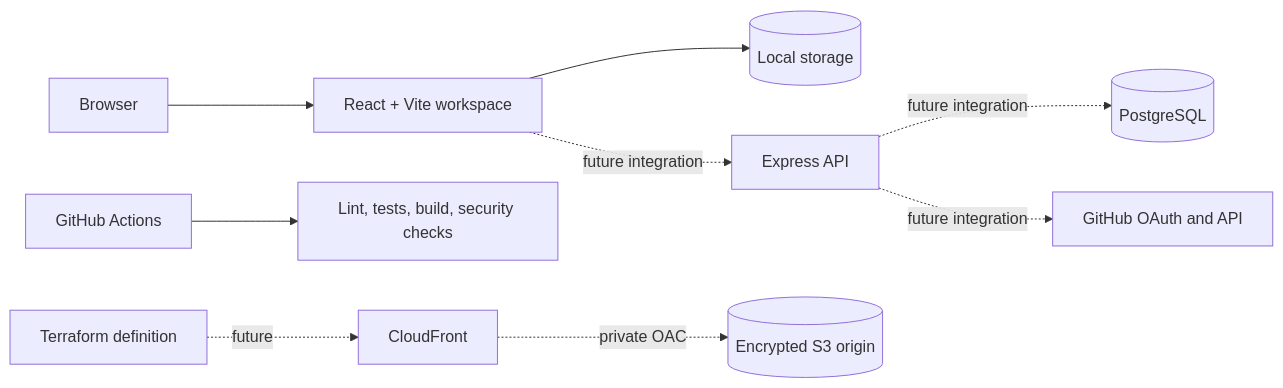
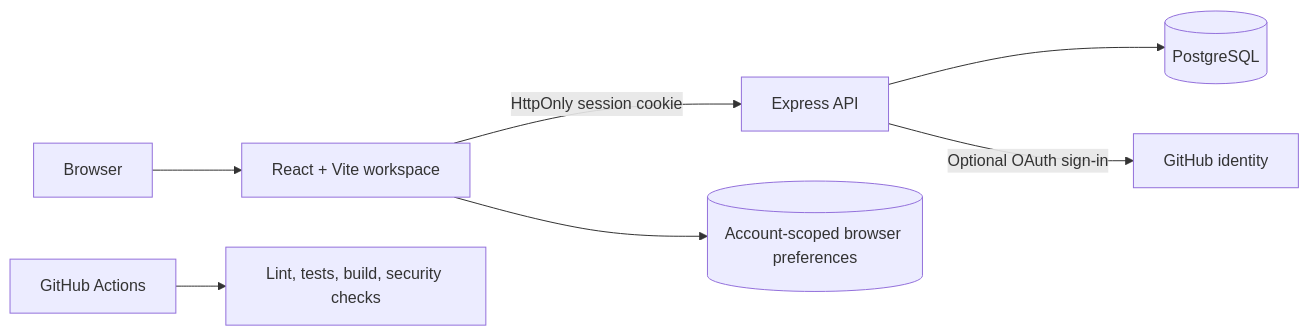
Before and after one commit to zacknguyn/pomodoro-timer: the diagram in README.md, drawn with Mermaid. The commit also changed other lines of this file and 46 other files, not shown here.

First line of the commit message:
feat: connect accounts and GitHub projects

````diff
--- a/README.md
+++ b/README.md
@@ -40,14 +41,9 @@
 ```mermaid
 flowchart LR
     User[Browser] --> App[React + Vite workspace]
-    App --> Store[(Local storage)]
-
+    App -->|HttpOnly session cookie| API[Express API]
+    API --> Postgres[(PostgreSQL)]
+    App --> Preferences[(Account-scoped browser preferences)]
     Actions[GitHub Actions] --> Checks[Lint, tests, build, security checks]
-
-    Terraform[Terraform definition] -. future .-> CDN[CloudFront]
-    CDN -. private OAC .-> S3[(Encrypted S3 origin)]
-
-    App -. future integration .-> API[Express API]
-    API -. future integration .-> Postgres[(PostgreSQL)]
-    API -. future integration .-> GitHub[GitHub OAuth and API]
+    API -->|Optional OAuth sign-in| GitHub[GitHub identity]
 ```
````
